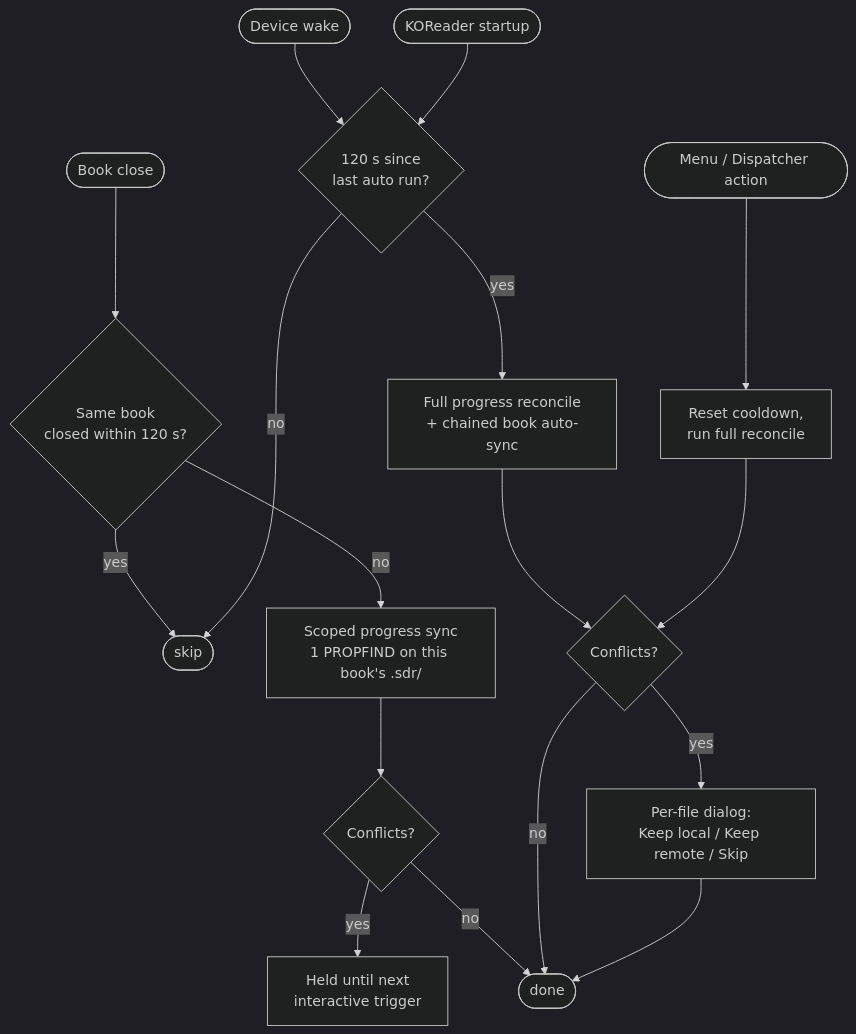
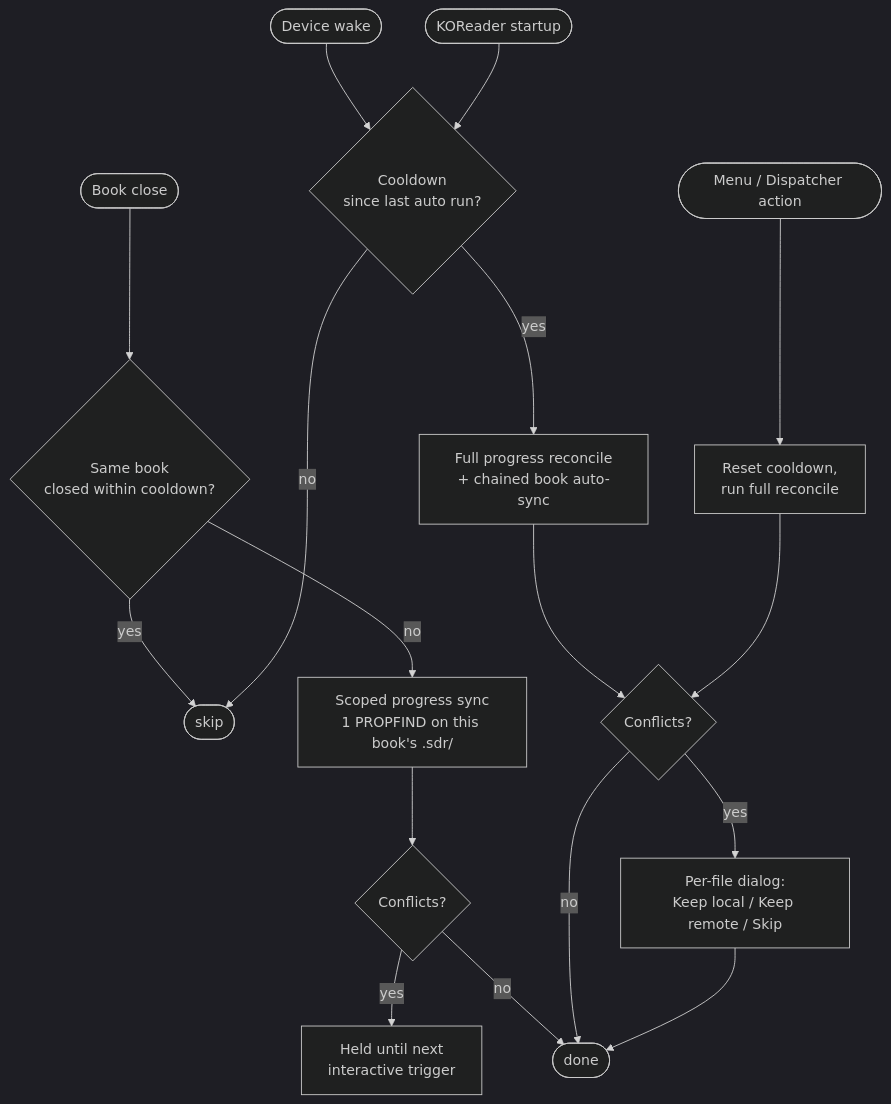
Before and after one commit to Alpha3288/webdav-autosync.koplugin: the diagram in README.md, drawn with Mermaid (dark theme). The commit also changed other lines of this file and 3 other files, not shown here.

First line of the commit message:
feat: settable auto-sync cooldown via SpinWidget

````diff
--- a/README.md
+++ b/README.md
@@ -18,28 +19,28 @@
 ```mermaid
 flowchart TD
     Close([Book close])
     Resume([Device wake])
     Startup([KOReader startup])
     Manual([Menu / Dispatcher action])
 
-    Close --> CG{Same book<br/>closed within 120 s?}
+    Close --> CG{Same book<br/>closed within cooldown?}
     CG -- yes --> Skip([skip])
     CG -- no --> Scoped[Scoped progress sync<br/>1 PROPFIND on this book's .sdr/]
 
-    Resume --> AG{120 s since<br/>last auto run?}
+    Resume --> AG{Cooldown<br/>since last auto run?}
     Startup --> AG
     AG -- no --> Skip
     AG -- yes --> Full[Full progress reconcile<br/>+ chained book auto-sync]
 
     Manual --> Bump[Reset cooldown,<br/>run full reconcile]
 
     Scoped --> SilentQ{Conflicts?}
     SilentQ -- yes --> Hold[Held until next<br/>interactive trigger]
     SilentQ -- no --> Done([done])
 
     Full --> InterQ{Conflicts?}
     Bump --> InterQ
     InterQ -- yes --> Dialog[Per-file dialog:<br/>Keep local / Keep remote / Skip]
     InterQ -- no --> Done
     Dialog --> Done
 ```
````
